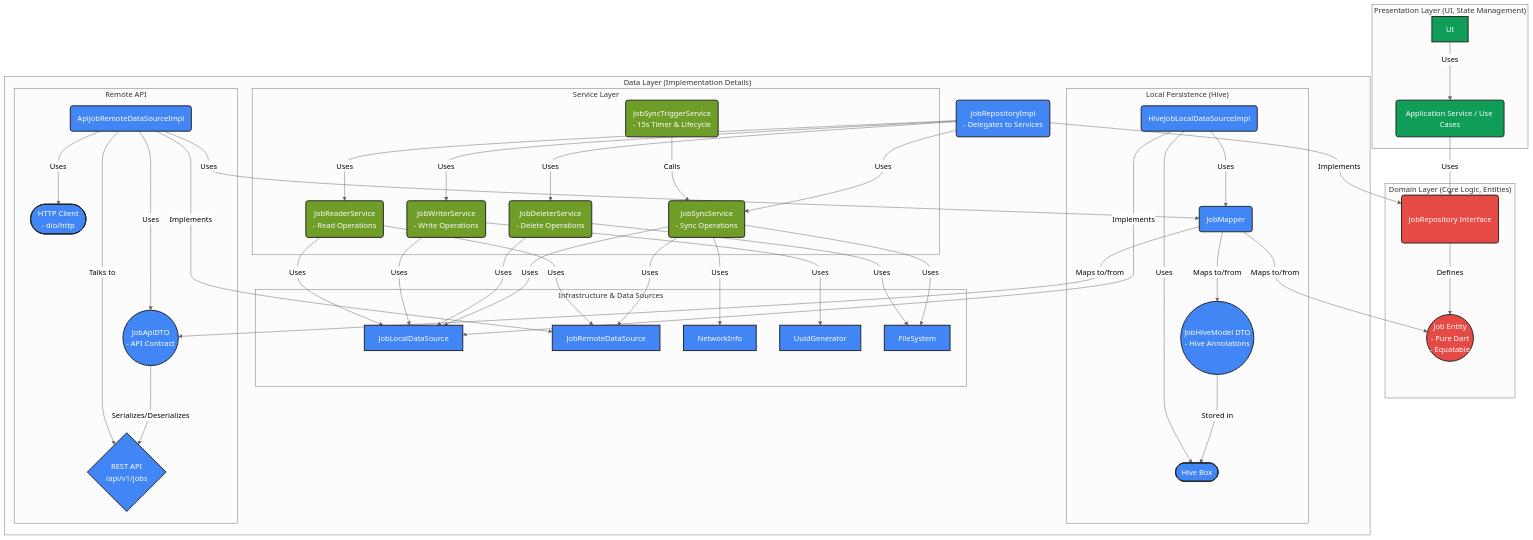
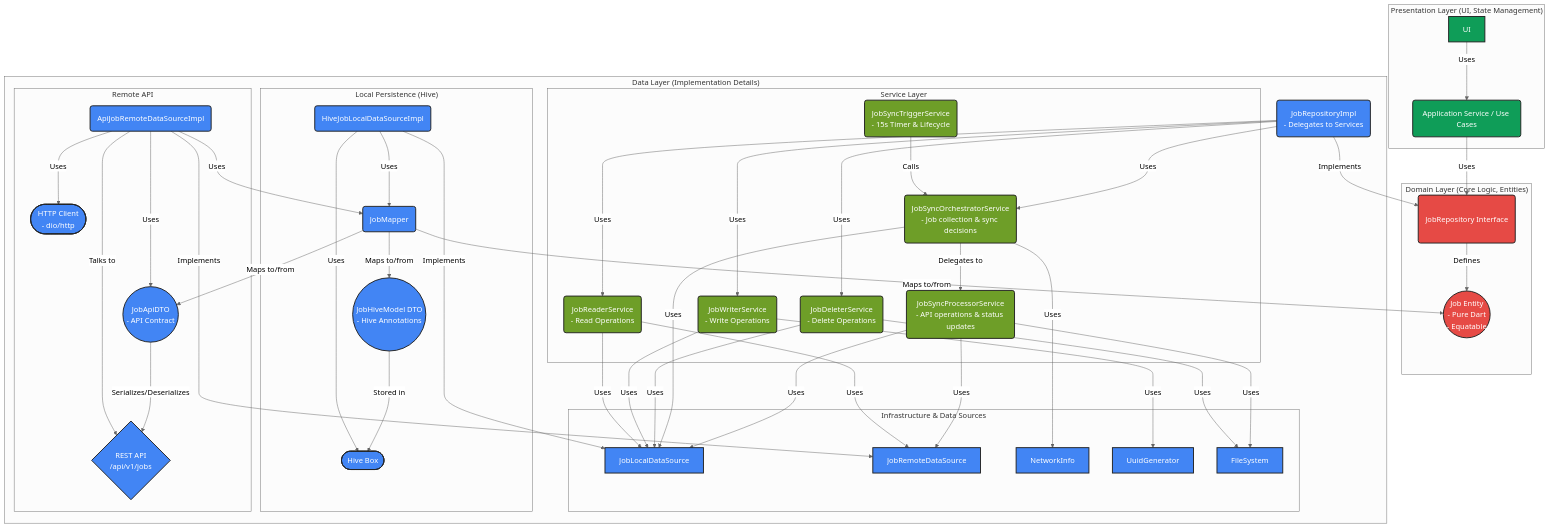
The first of 15 diagrams in docs/fresh-start/job_dataflow.md (MediScribe/docjet-mobile), drawn with Mermaid (neutral theme) before and after one commit. The commit also changed other lines of this file and 20 other files, not shown here.

First line of the commit message:
docs: update job dataflow architecture documentation

````diff
--- a/docs/fresh-start/job_dataflow.md
+++ b/docs/fresh-start/job_dataflow.md
@@ -72,16 +73,19 @@
             ReaderService(JobReaderService<br>- Read Operations)
             WriterService(JobWriterService<br>- Write Operations)
             DeleterService(JobDeleterService<br>- Delete Operations)
-            SyncService(JobSyncService<br>- Sync Operations)
+            
+            SyncOrchestrator(JobSyncOrchestratorService<br>- Job collection & sync decisions)
+            SyncProcessor(JobSyncProcessorService<br>- API operations & status updates)
             SyncTrigger(JobSyncTriggerService<br>- 15s Timer & Lifecycle)
             
-            SyncTrigger -->|Calls| SyncService
+            SyncTrigger -->|Calls| SyncOrchestrator
+            SyncOrchestrator -->|Delegates to| SyncProcessor
         end
 
         JobRepositoryImpl -->|Uses| ReaderService
         JobRepositoryImpl -->|Uses| WriterService
         JobRepositoryImpl -->|Uses| DeleterService
-        JobRepositoryImpl -->|Uses| SyncService
+        JobRepositoryImpl -->|Uses| SyncOrchestrator
 
         subgraph "Infrastructure & Data Sources"
             LocalDS[JobLocalDataSource]
@@ -100,10 +104,12 @@
         DeleterService -->|Uses| LocalDS
         DeleterService -->|Uses| FileSystem
         
-        SyncService -->|Uses| LocalDS
-        SyncService -->|Uses| RemoteDS
-        SyncService -->|Uses| Network
-        SyncService -->|Uses| FileSystem
+        SyncOrchestrator -->|Uses| LocalDS
+        SyncOrchestrator -->|Uses| Network
+        
+        SyncProcessor -->|Uses| LocalDS
+        SyncProcessor -->|Uses| RemoteDS
+        SyncProcessor -->|Uses| FileSystem
 
         subgraph "Local Persistence (Hive)"
             HiveJobLocalDS(HiveJobLocalDataSourceImpl) -->|Implements| LocalDS
@@ -133,7 +139,7 @@
     classDef presentation fill:#0F9D58,stroke:#222,stroke-width:2px,color:#fff;
 
     class JobEntity,JobRepositoryInterface domain;
-    class ReaderService,WriterService,DeleterService,SyncService,SyncTrigger service;
+    class ReaderService,WriterService,DeleterService,SyncOrchestrator,SyncProcessor,SyncTrigger service;
     class JobRepositoryImpl,LocalDS,RemoteDS,HiveJobLocalDS,ApiJobRemoteDS,JobMapper,JobHiveModel,JobApiDTO,HiveBox,HttpClient,RestAPI,Network,UUID,FileSystem data;
     class UI,AppService presentation;
 ```
````
